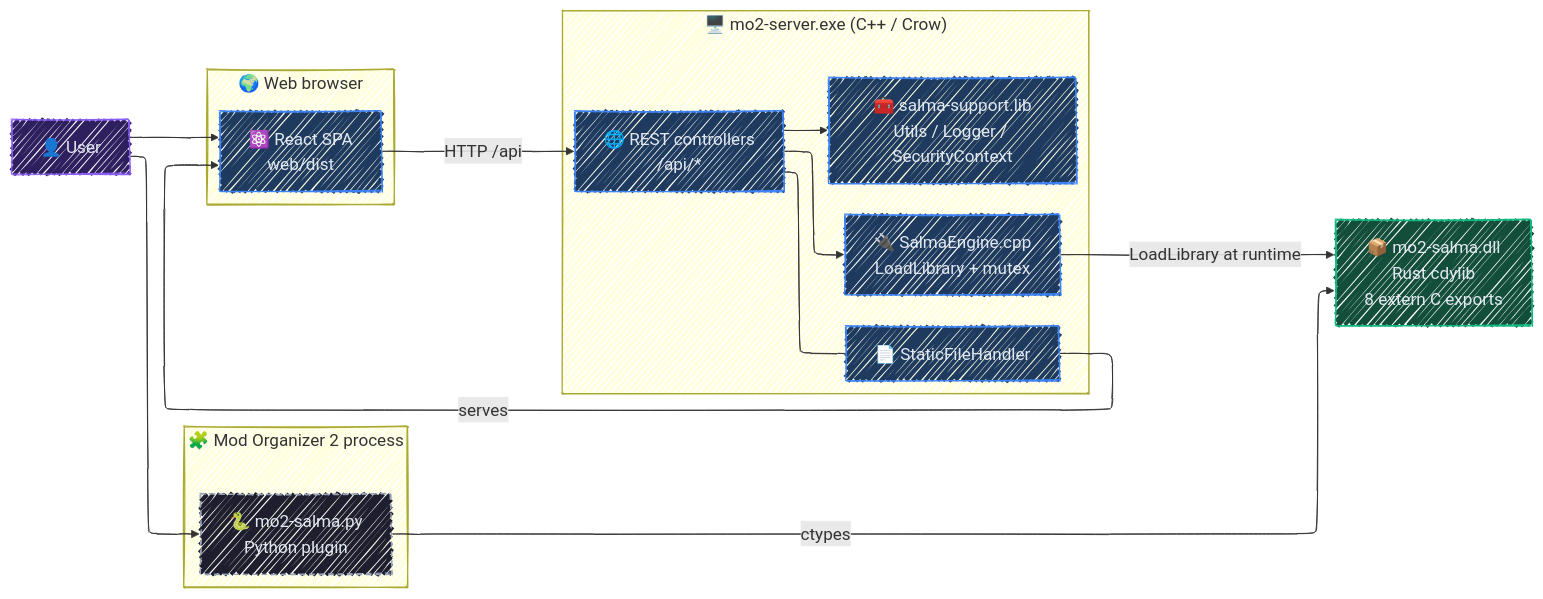
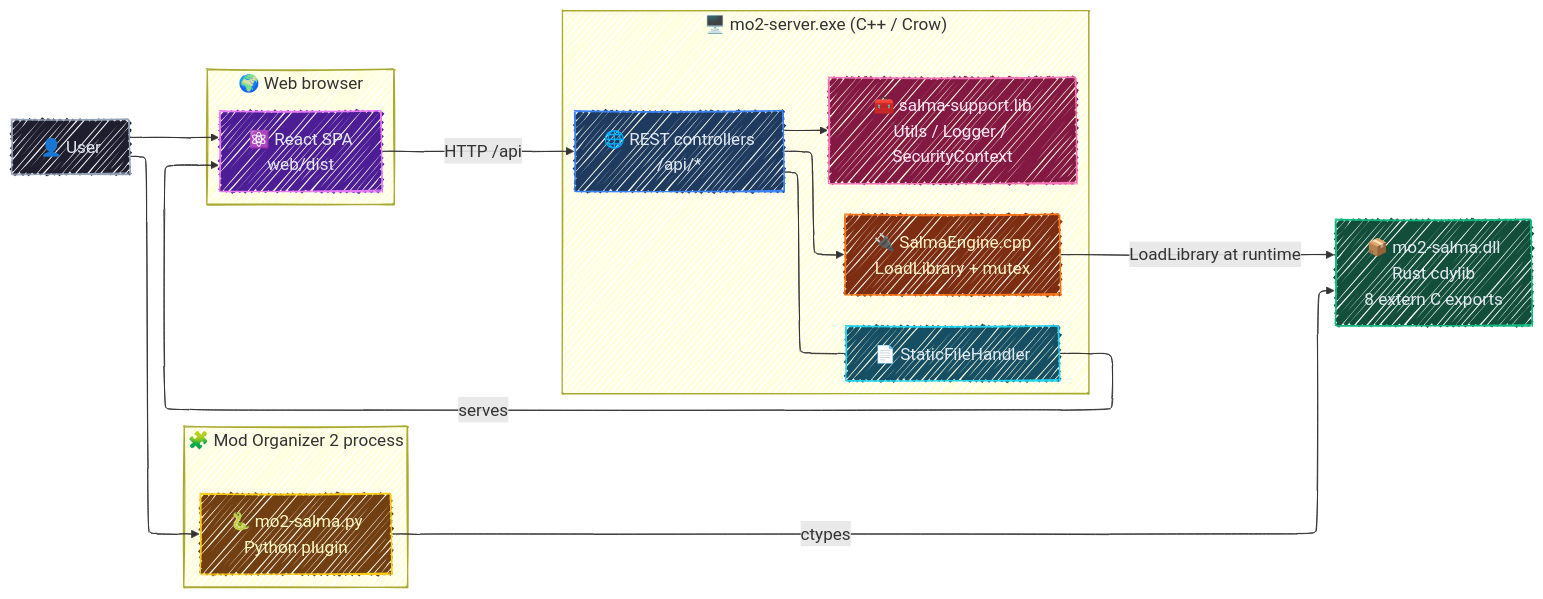
The fifth of 6 diagrams in README.md (lextpf/salma), drawn with Mermaid before and after one commit. The commit also changed other lines of this file and 4 other files, not shown here.

````diff
--- a/README.md
+++ b/README.md
@@ -526,44 +532,48 @@
 ```mermaid
 ---
 config:
   look: handDrawn
   theme: mc
   themeVariables:
     fontSize: 18px
   layout: elk
 ---
 graph LR
-    classDef host fill:#1e1e2e,stroke:#94a3b8,color:#e2e8f0,stroke-dasharray:6 4
-    classDef artifact fill:#1e3a5f,stroke:#3b82f6,color:#e2e8f0
+    classDef user fill:#1e1e2e,stroke:#94a3b8,color:#e2e8f0
+    classDef plugin fill:#713f12,stroke:#facc15,color:#fef9c3
+    classDef web fill:#4c1d95,stroke:#e879f9,color:#e2e8f0
+    classDef api fill:#1e3a5f,stroke:#3b82f6,color:#e2e8f0
+    classDef static fill:#164e63,stroke:#22d3ee,color:#e2e8f0
+    classDef bridge fill:#7c2d12,stroke:#f97316,color:#fef3c7
+    classDef support fill:#831843,stroke:#f472b6,color:#fce7f3
     classDef core fill:#134e3a,stroke:#10b981,color:#e2e8f0
-    classDef user fill:#2e1f5e,stroke:#8b5cf6,color:#e2e8f0
 
     User["👤 User"]:::user
 
     subgraph MO2["🧩 Mod Organizer 2 process"]
-        Plugin["🐍 mo2-salma.py<br/>Python plugin"]:::host
+        Plugin["🐍 mo2-salma.py<br/>Python plugin"]:::plugin
     end
 
     subgraph Browser["🌍 Web browser"]
-        SPA["⚛️ React SPA<br/>web/dist"]:::artifact
+        SPA["⚛️ React SPA<br/>web/dist"]:::web
     end
 
     subgraph SrvHost["🖥️ mo2-server.exe (C++ / Crow)"]
-        Server["🌐 REST controllers<br/>/api/*"]:::artifact
-        Static["📄 StaticFileHandler"]:::artifact
-        Bridge["🔌 SalmaEngine.cpp<br/>LoadLibrary + mutex"]:::artifact
-        Support["🧰 salma-support.lib<br/>Utils / Logger / SecurityContext"]:::artifact
+        Server["🌐 REST controllers<br/>/api/*"]:::api
+        Static["📄 StaticFileHandler"]:::static
+        Bridge["🔌 SalmaEngine.cpp<br/>LoadLibrary + mutex"]:::bridge
+        Support["🧰 salma-support.lib<br/>Utils / Logger / SecurityContext"]:::support
     end
 
     Engine["📦 mo2-salma.dll<br/>Rust cdylib<br/>8 extern C exports"]:::core
 
     User --> Plugin
     User --> SPA
     Plugin -- "ctypes" --> Engine
     SPA -- "HTTP /api" --> Server
     Static -- "serves" --> SPA
     Server --- Static
     Server --> Bridge
     Server --> Support
     Bridge -- "LoadLibrary at runtime" --> Engine
 ```
````
